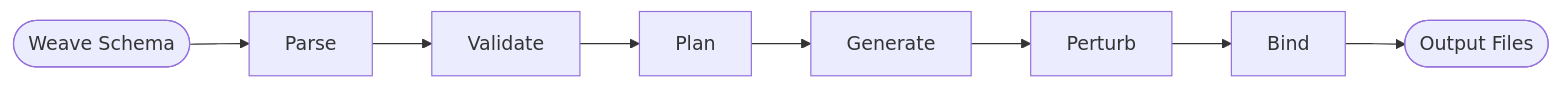
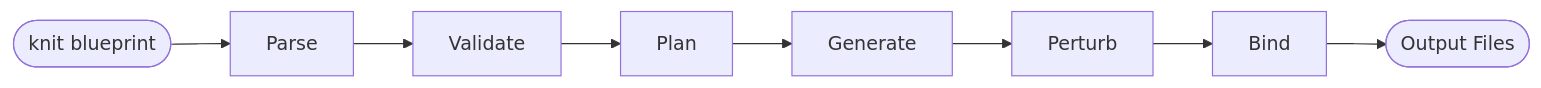
Before and after one commit to Yaming-Hub/knit: the third of 6 diagrams in agents.md, drawn with Mermaid. The commit also changed other lines of this file and 99 other files, not shown here.

First line of the commit message:
refactor: rename 'schema' to 'blueprint' throughout codebase (#235)

````diff
--- a/agents.md
+++ b/agents.md
@@ -163,10 +163,10 @@
 ```mermaid
 flowchart LR
-    schema([Weave Schema]) --> parse[Parse]
+    schema([knit blueprint]) --> parse[Parse]
     parse --> validate[Validate]
     validate --> plan[Plan]
     plan --> gen[Generate]
     gen --> perturb[Perturb]
     perturb --> bind[Bind]
     bind --> output([Output Files])
 ```
````
